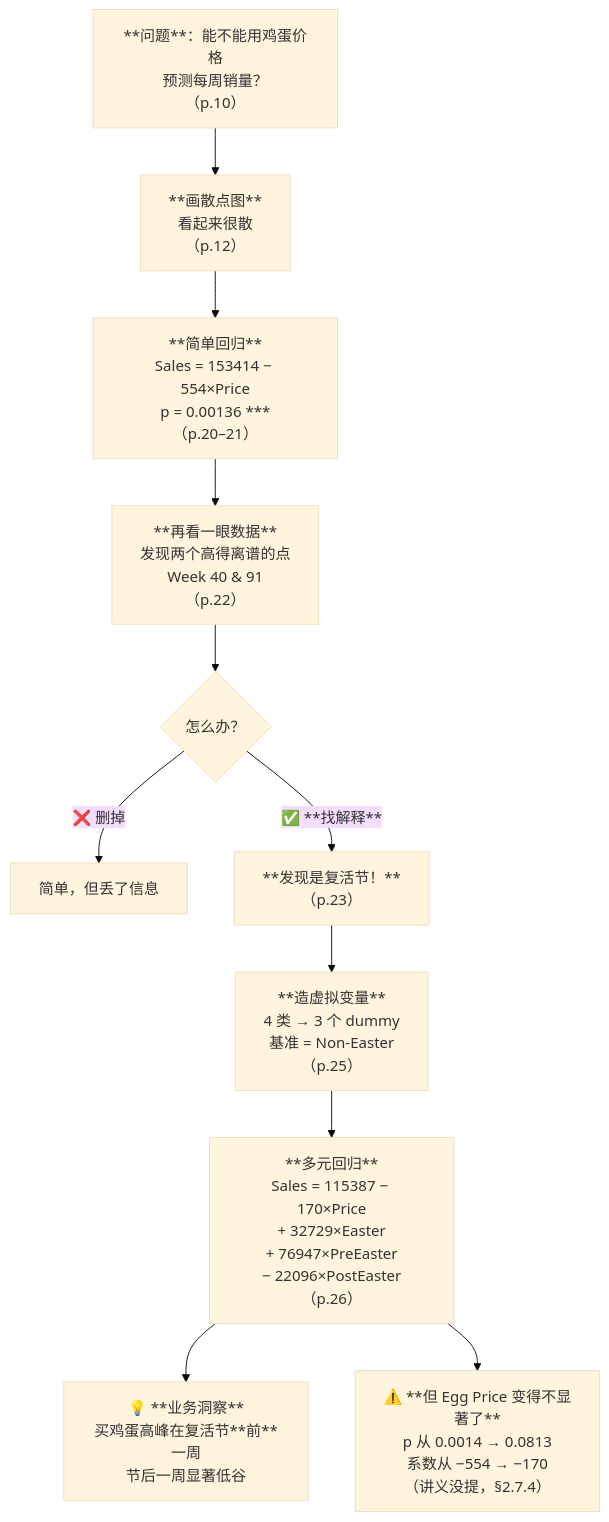
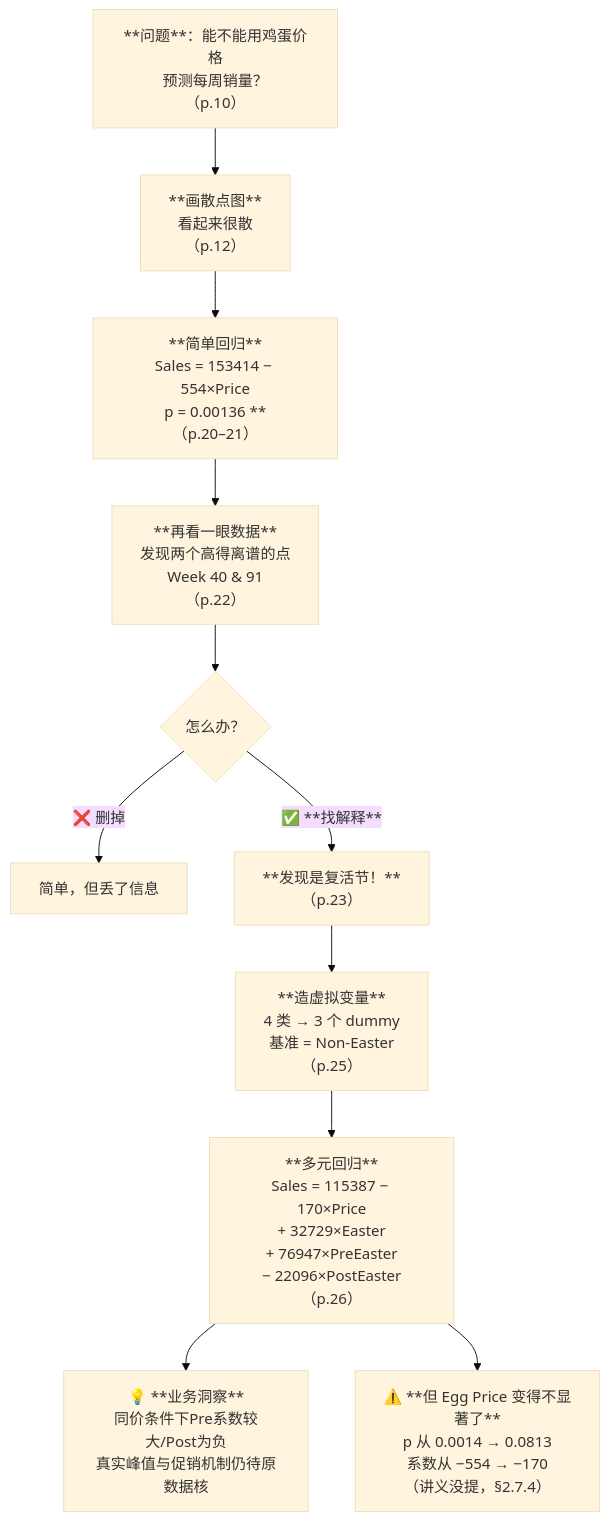
Before and after one commit to CercaTrovato/cityu-ai-course-notes: diagram 20 of 21 in IS6400_Business_Data_Analytics/notes/M02-预测分析-线性回归.md, drawn with Mermaid (base theme). The commit also changed other lines of this file and 116 other files, not shown here.

````diff
--- a/IS6400_Business_Data_Analytics/notes/M02-预测分析-线性回归.md
+++ b/IS6400_Business_Data_Analytics/notes/M02-预测分析-线性回归.md
@@ -2294,13 +3036,13 @@
 ```mermaid
 flowchart TD
     A["**问题**：能不能用鸡蛋价格<br/>预测每周销量？<br/>（p.10）"] --> B["**画散点图**<br/>看起来很散<br/>（p.12）"]
-    B --> C["**简单回归**<br/>Sales = 153414 − 554×Price<br/>p = 0.00136 ***<br/>（p.20–21）"]
+    B --> C["**简单回归**<br/>Sales = 153414 − 554×Price<br/>p = 0.00136 **<br/>（p.20–21）"]
     C --> D["**再看一眼数据**<br/>发现两个高得离谱的点<br/>Week 40 & 91<br/>（p.22）"]
     D --> E{"怎么办？"}
     E -->|"❌ 删掉"| F["简单，但丢了信息"]
     E -->|"✅ **找解释**"| G["**发现是复活节！**<br/>（p.23）"]
     G --> H["**造虚拟变量**<br/>4 类 → 3 个 dummy<br/>基准 = Non-Easter<br/>（p.25）"]
     H --> I["**多元回归**<br/>Sales = 115387 − 170×Price<br/>+ 32729×Easter<br/>+ 76947×PreEaster<br/>− 22096×PostEaster<br/>（p.26）"]
-    I --> J["💡 **业务洞察**<br/>买鸡蛋高峰在复活节**前**一周<br/>节后一周显著低谷"]
+    I --> J["💡 **业务洞察**<br/>同价条件下Pre系数较大/Post为负<br/>真实峰值与促销机制仍待原数据核"]
     I --> K["⚠️ **但 Egg Price 变得不显著了**<br/>p 从 0.0014 → 0.0813<br/>系数从 −554 → −170<br/>（讲义没提，§2.7.4）"]
 ```
````
